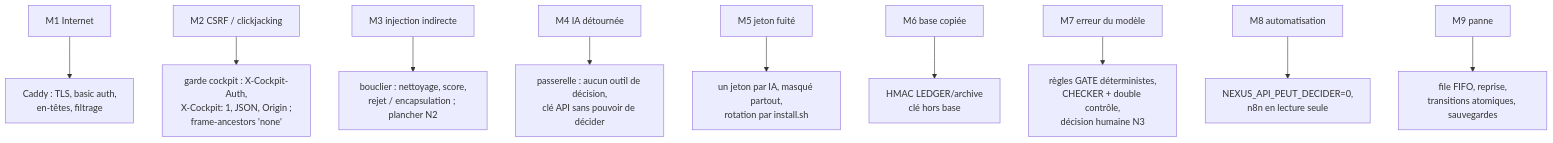
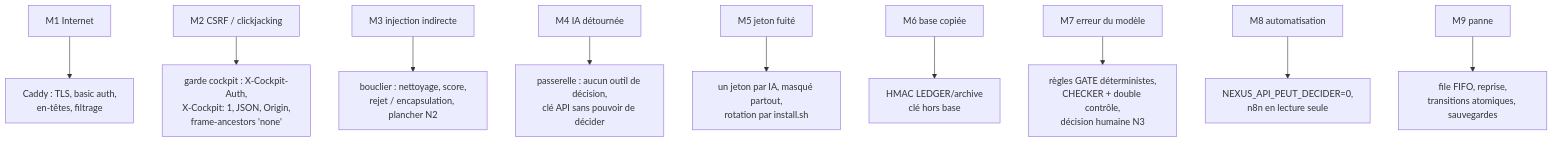
The diagram in docs/technique/06-securite.md (redkards/EspaceTravail-public), drawn with Mermaid before and after one commit. The commit also changed other lines of this file and 37 other files, not shown here.

````diff
--- a/docs/technique/06-securite.md
+++ b/docs/technique/06-securite.md
@@ -29,12 +29,12 @@
 ```mermaid
 flowchart TB
     M1["M1 Internet"] --> C["Caddy : TLS, basic auth,<br/>en-têtes, filtrage"]
-    M2["M2 CSRF / clickjacking"] --> G["garde cockpit : X-Cockpit-Auth,<br/>X-Cockpit: 1, JSON, Origin ;<br/>frame-ancestors 'none'"]
-    M3["M3 injection indirecte"] --> B["bouclier : nettoyage, score,<br/>rejet / encapsulation ; plancher N2"]
+    M2["M2 CSRF / clickjacking"] --> G["garde cockpit : X-Cockpit-Auth,<br/>X-Cockpit: 1, JSON, Origin,<br/>frame-ancestors 'none'"]
+    M3["M3 injection indirecte"] --> B["bouclier : nettoyage, score,<br/>rejet / encapsulation, plancher N2"]
     M4["M4 IA détournée"] --> P["passerelle : aucun outil de décision,<br/>clé API sans pouvoir de décider"]
     M5["M5 jeton fuité"] --> J["un jeton par IA, masqué partout,<br/>rotation par install.sh"]
     M6["M6 base copiée"] --> H["HMAC LEDGER/archive<br/>clé hors base"]
     M7["M7 erreur du modèle"] --> D["règles GATE déterministes,<br/>CHECKER + double contrôle,<br/>décision humaine N3"]
     M8["M8 automatisation"] --> R["NEXUS_API_PEUT_DECIDER=0,<br/>n8n en lecture seule"]
     M9["M9 panne"] --> F["file FIFO, reprise,<br/>transitions atomiques, sauvegardes"]
 ```
````
